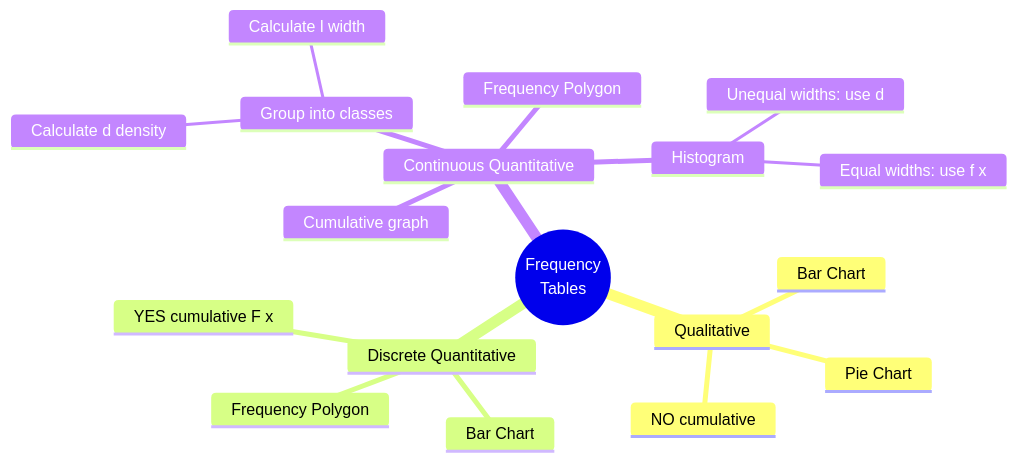
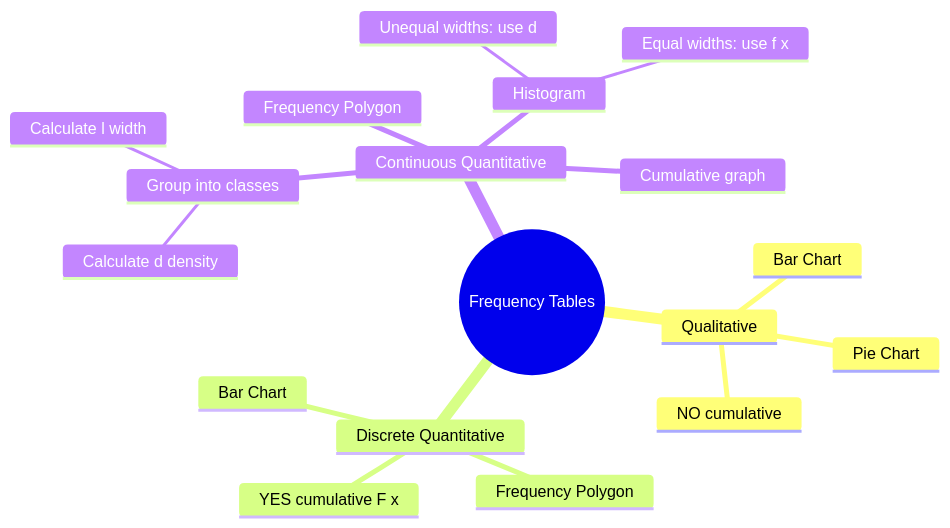
Before and after one commit to daxxac/mba-notes: the seventh of 7 diagrams in docs/research-methods/lecture-02.md, drawn with Mermaid. The commit also changed other lines of this file and 4 other files, not shown here.

First line of the commit message:
Fix Mermaid diagram parsing errors: replace <br/> with spaces

````diff
--- a/docs/research-methods/lecture-02.md
+++ b/docs/research-methods/lecture-02.md
@@ -481,21 +481,21 @@
 ```mermaid
 mindmap
-  root((Frequency<br/>Tables))
+  root((Frequency Tables))
     Qualitative
       Bar Chart
       Pie Chart
       NO cumulative
     Discrete Quantitative
       Bar Chart
       Frequency Polygon
       YES cumulative F x
     Continuous Quantitative
       Group into classes
         Calculate l width
         Calculate d density
       Histogram
         Equal widths: use f x
         Unequal widths: use d
       Frequency Polygon
       Cumulative graph
 ```
````
